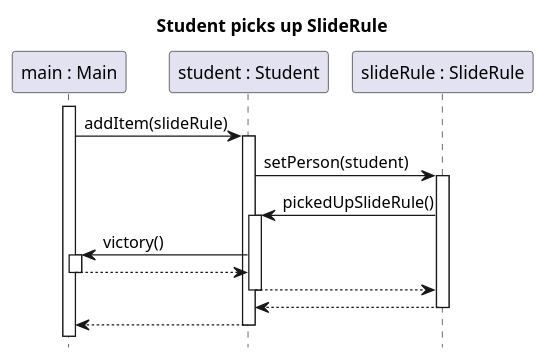
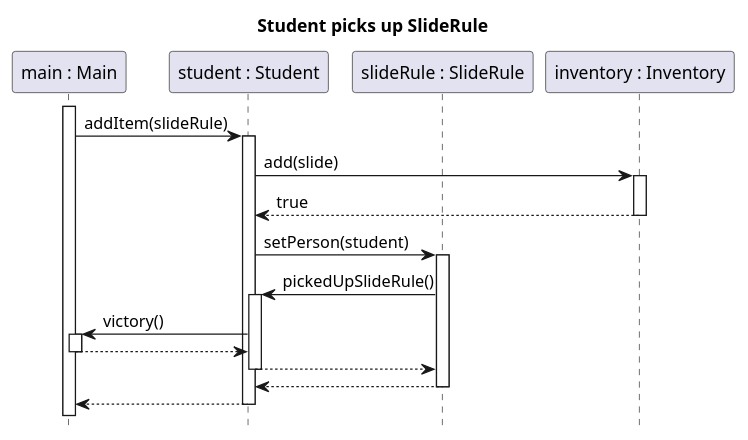
The diagram in docs/diagrams/test-sequence/student_pickup_sliderule.puml (sn4k3ch4rm3r/logarlec), drawn with PlantUML before and after one commit. The commit also changed 22 other files, not shown here.

Commit message:
Modified and added sequence diagrams

```diff
--- a/docs/diagrams/test-sequence/student_pickup_sliderule.puml
+++ b/docs/diagrams/test-sequence/student_pickup_sliderule.puml
@@ -1,20 +1,23 @@
 @startuml item-code-of-studies-use
 
 title Student picks up SlideRule
 hide footbox
 
 participant "main : Main" as main
 participant "student : Student" as student
 participant "slideRule : SlideRule" as slide
+participant "inventory : Inventory" as inv
 activate main
 
 main-> student ++: addItem(slideRule)
+    student -> inv ++: add(slide)
+    return true
     student -> slide ++: setPerson(student)
 	    slide -> student ++: pickedUpSlideRule()
             student -> main ++: victory()
             return
         return
 	return
 return
 
 @enduml
```
